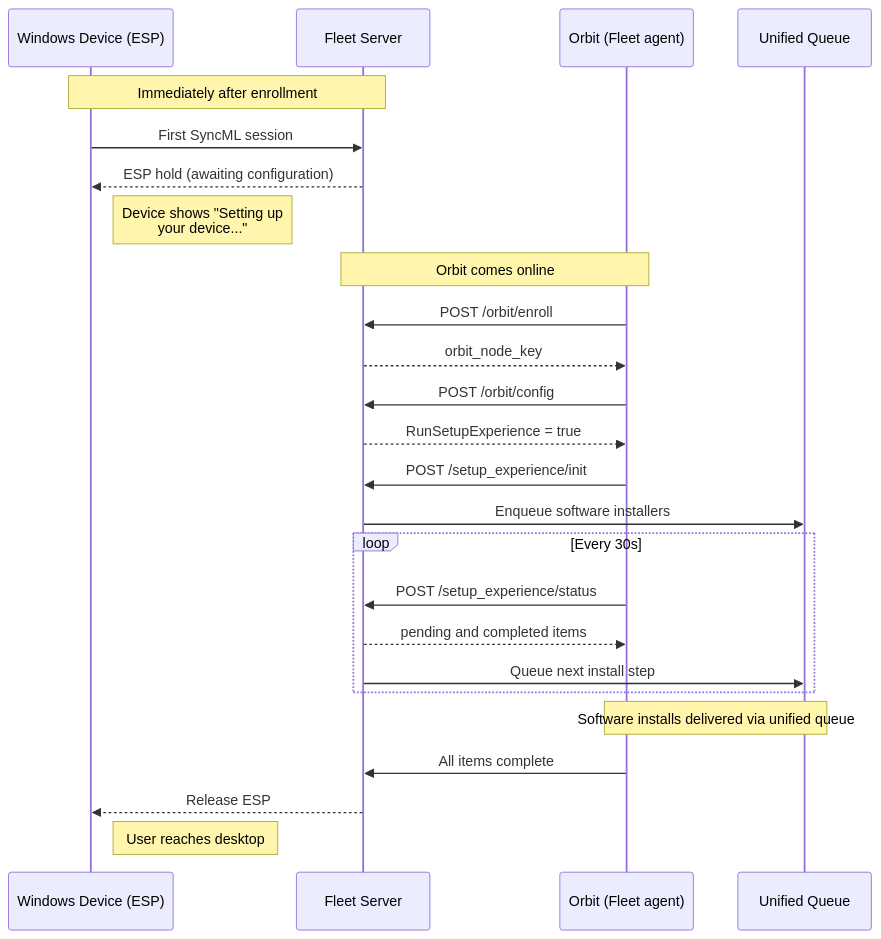
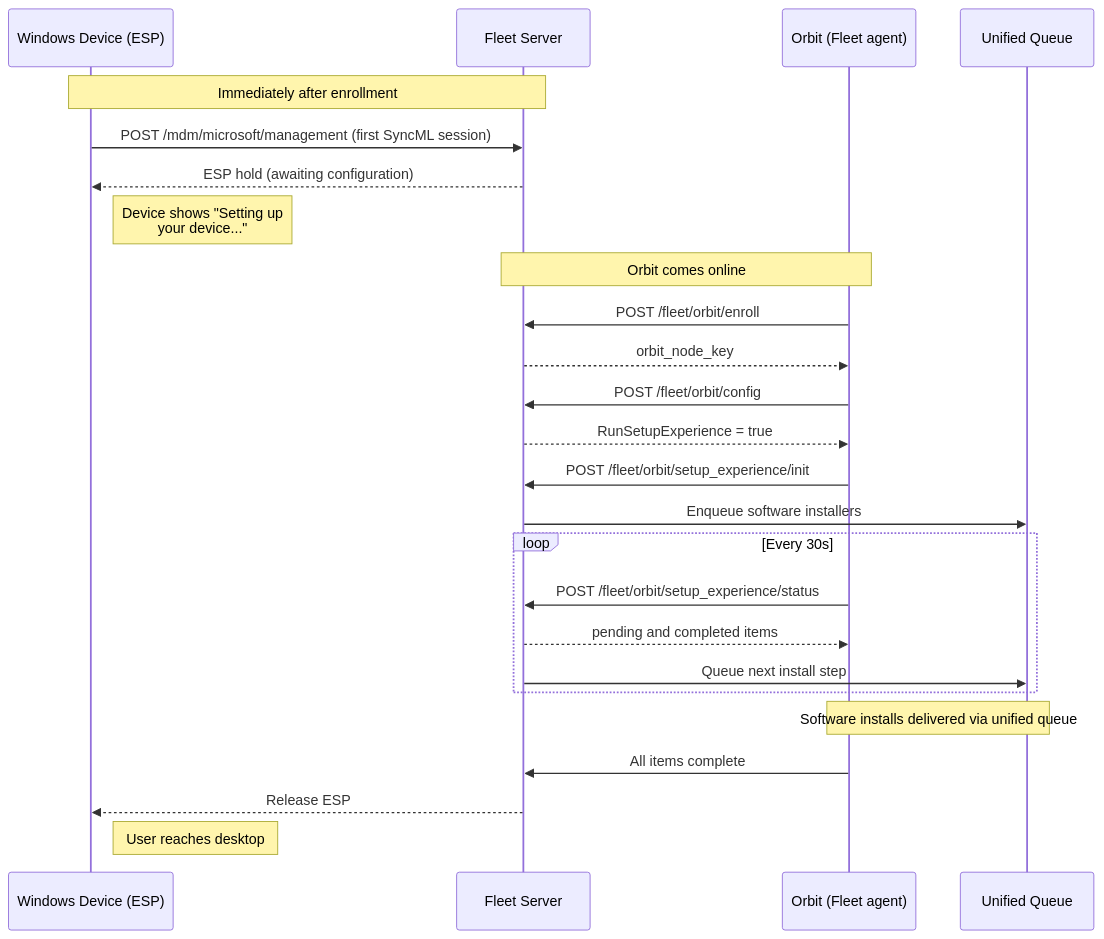
Before and after one commit to fleetdm/fleet: the fourth of 4 diagrams in docs/Contributing/product-groups/mdm/windows-autopilot-how-it-works.md, drawn with Mermaid. The commit also changed other lines of this file, not shown here.

Commit message:
Add /mdm/ and /fleet/ path prefixes to clarify which Fleet server side handles each request

````diff
--- a/docs/Contributing/product-groups/mdm/windows-autopilot-how-it-works.md
+++ b/docs/Contributing/product-groups/mdm/windows-autopilot-how-it-works.md
@@ -119,34 +119,34 @@
 ```mermaid
 sequenceDiagram
     participant Win as Windows Device (ESP)
     participant Fleet as Fleet Server
     participant Orbit as Orbit (Fleet agent)
     participant Queue as Unified Queue
 
     note over Win, Fleet: Immediately after enrollment
-    Win->>Fleet: First SyncML session
+    Win->>Fleet: POST /mdm/microsoft/management (first SyncML session)
     Fleet-->>Win: ESP hold (awaiting configuration)
     note right of Win: Device shows "Setting up<br/>your device..."
 
     note over Orbit, Fleet: Orbit comes online
-    Orbit->>Fleet: POST /orbit/enroll
+    Orbit->>Fleet: POST /fleet/orbit/enroll
     Fleet-->>Orbit: orbit_node_key
 
-    Orbit->>Fleet: POST /orbit/config
+    Orbit->>Fleet: POST /fleet/orbit/config
     Fleet-->>Orbit: RunSetupExperience = true
 
-    Orbit->>Fleet: POST /setup_experience/init
+    Orbit->>Fleet: POST /fleet/orbit/setup_experience/init
     Fleet->>Queue: Enqueue software installers
 
     loop Every 30s
-        Orbit->>Fleet: POST /setup_experience/status
+        Orbit->>Fleet: POST /fleet/orbit/setup_experience/status
         Fleet-->>Orbit: pending and completed items
         Fleet->>Queue: Queue next install step
     end
 
     note over Queue, Orbit: Software installs delivered via unified queue
 
     Orbit->>Fleet: All items complete
     Fleet-->>Win: Release ESP
     note right of Win: User reaches desktop
 ```
````
